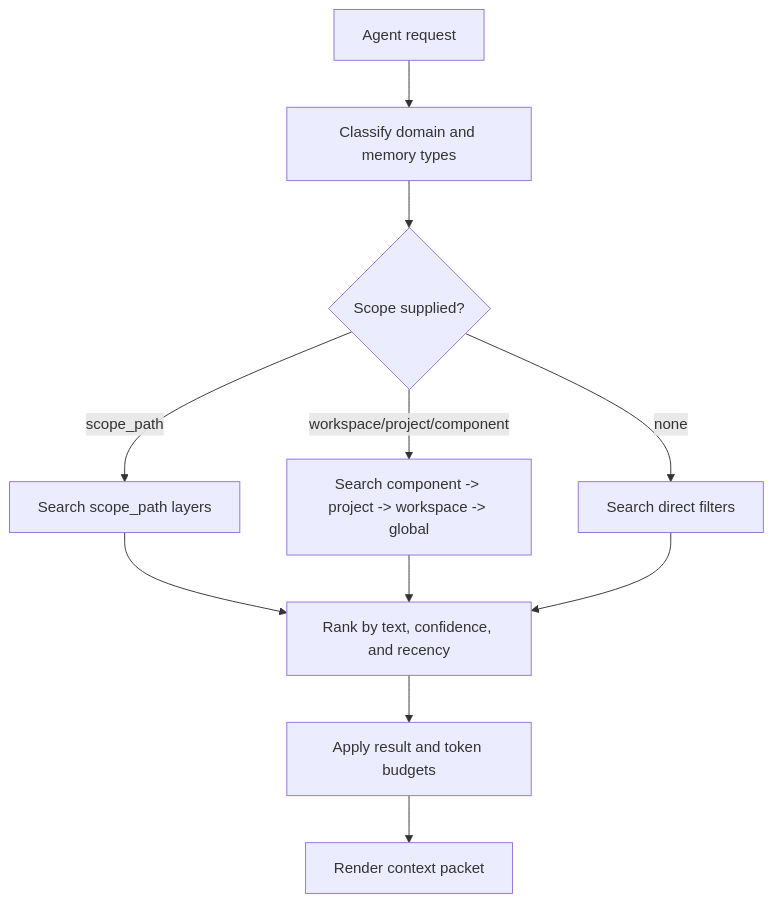
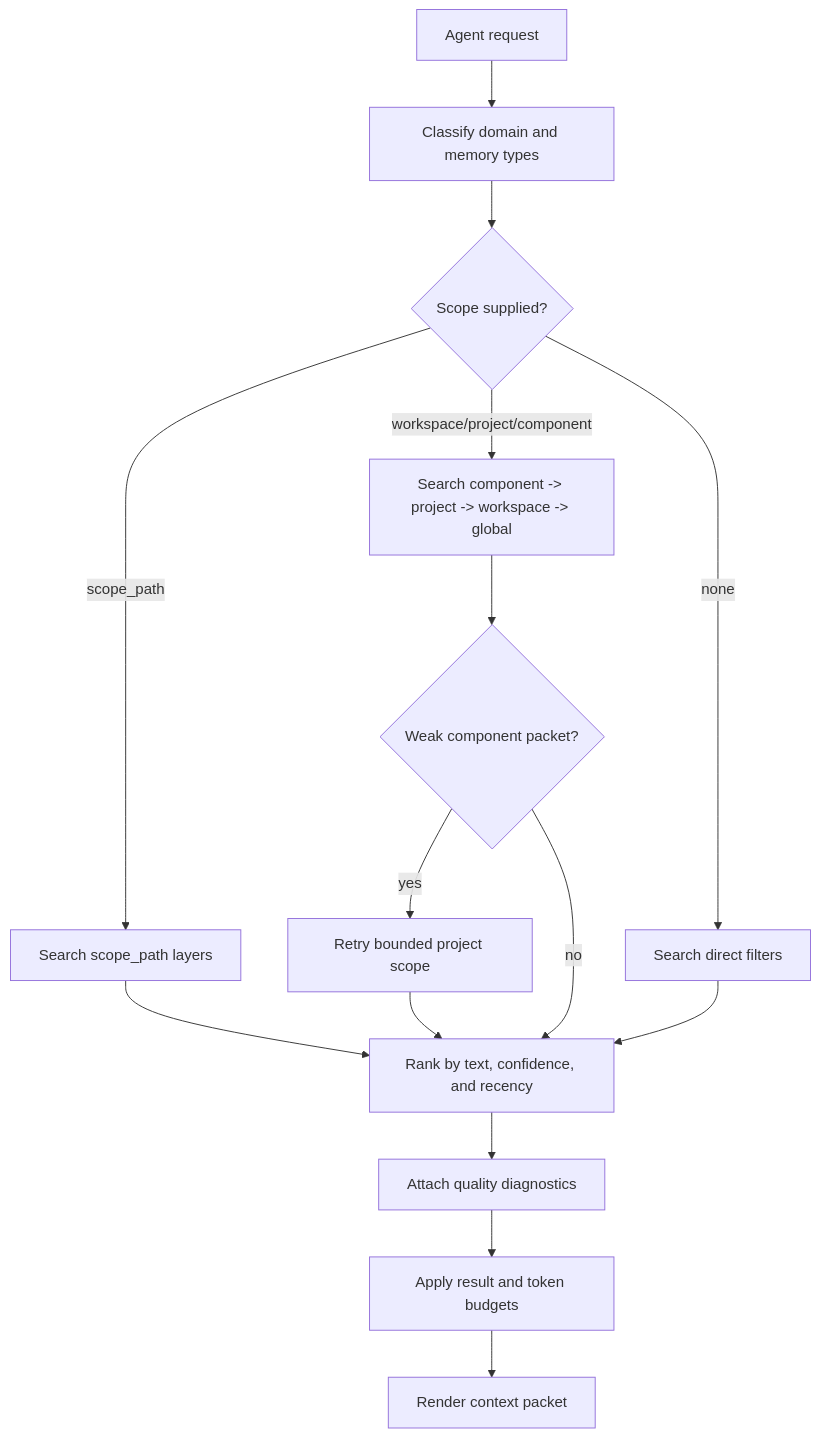
One commit to dwovitz/memory-mcp changed the fourth of 9 diagrams in docs/ARCHITECTURE.md. Above: the diagram before and after it, drawn with Mermaid. The commit also changed other lines of this file and 32 other files, not shown here.

````diff
--- a/docs/ARCHITECTURE.md
+++ b/docs/ARCHITECTURE.md
@@ -144,18 +144,23 @@
 ```mermaid
 flowchart TD
     Request["Agent request"]
     Classify["Classify domain and memory types"]
     Scope{"Scope supplied?"}
     ScopePath["Search scope_path layers"]
     Hierarchy["Search component -> project -> workspace -> global"]
+    Fallback{"Weak component packet?"}
+    ProjectRetry["Retry bounded project scope"]
     Flat["Search direct filters"]
     Rank["Rank by text, confidence, and recency"]
+    Diagnostics["Attach quality diagnostics"]
     Budget["Apply result and token budgets"]
     Packet["Render context packet"]
 
     Request --> Classify --> Scope
     Scope -->|"scope_path"| ScopePath --> Rank
-    Scope -->|"workspace/project/component"| Hierarchy --> Rank
+    Scope -->|"workspace/project/component"| Hierarchy --> Fallback
+    Fallback -->|"yes"| ProjectRetry --> Rank
+    Fallback -->|"no"| Rank
     Scope -->|"none"| Flat --> Rank
-    Rank --> Budget --> Packet
+    Rank --> Diagnostics --> Budget --> Packet
 ```
````
